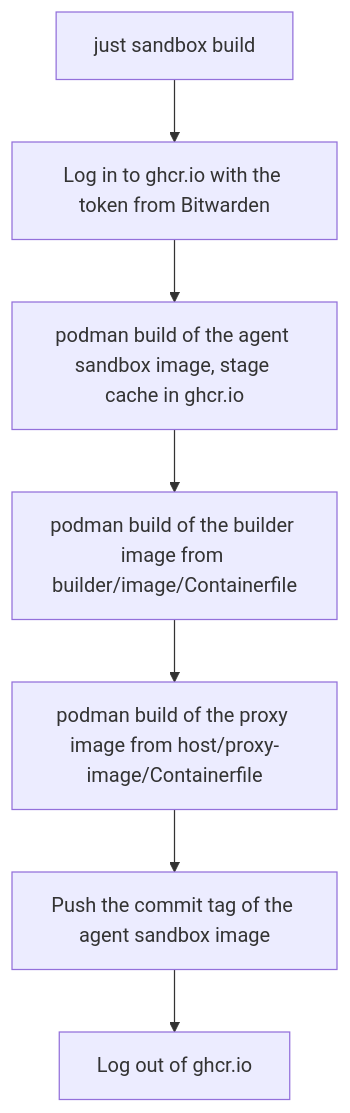
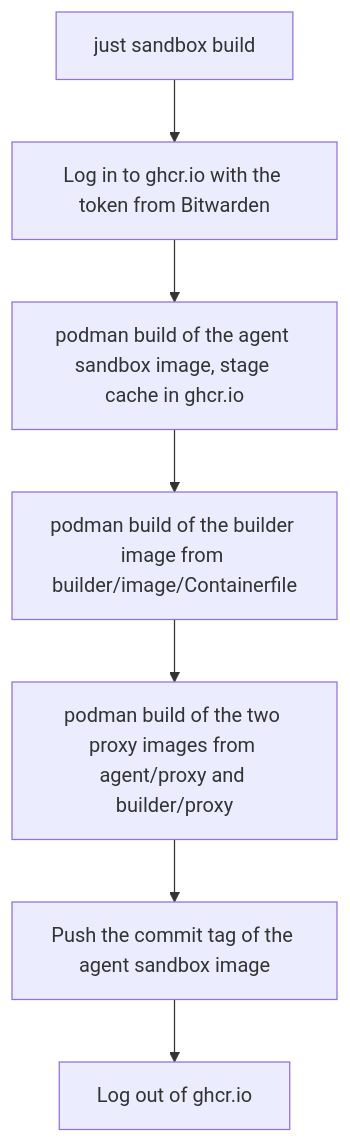
The third of 7 diagrams in .sandbox/docs/internals.md (raghav19/engineersdaybook), drawn with Mermaid before and after one commit. The commit also changed other lines of this file and 6 other files, not shown here.

First line of the commit message:
sandbox: keep the proxy image in each part and drop bws from the builder proxy

````diff
--- a/.sandbox/docs/internals.md
+++ b/.sandbox/docs/internals.md
@@ -99,9 +99,9 @@
 ```mermaid
 flowchart TD
     A["just sandbox build"] --> B["Log in to ghcr.io with the token from Bitwarden"]
     B --> C["podman build of the agent sandbox image, stage cache in ghcr.io"]
     C --> D["podman build of the builder image from builder/image/Containerfile"]
-    D --> P["podman build of the proxy image from host/proxy-image/Containerfile"]
+    D --> P["podman build of the two proxy images from agent/proxy and builder/proxy"]
     P --> E["Push the commit tag of the agent sandbox image"]
     E --> F["Log out of ghcr.io"]
 ```
````
